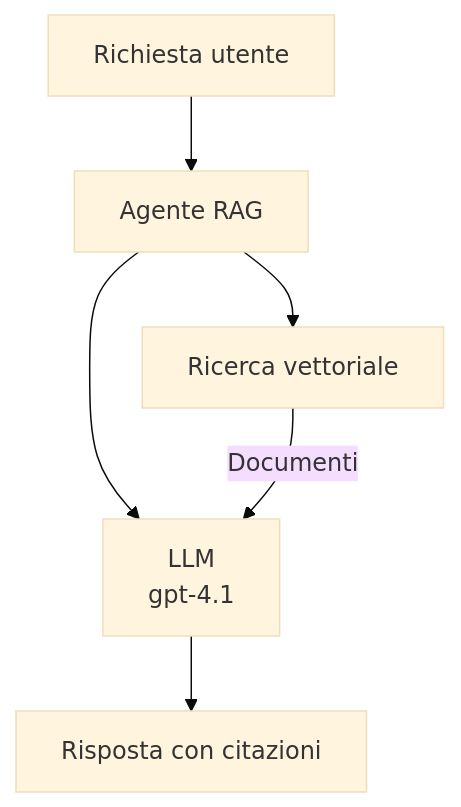
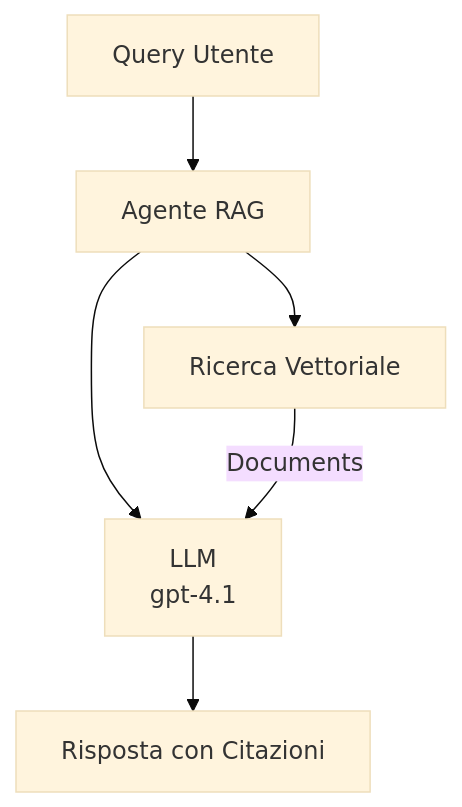
Before and after one commit to microsoft/AZD-for-beginners: the second of 3 diagrams in translations/it/docs/chapter-02-ai-development/agents.md, drawn with Mermaid (base theme). The commit also changed other lines of this file and 61 other files, not shown here.

````diff
--- a/translations/it/docs/chapter-02-ai-development/agents.md
+++ b/translations/it/docs/chapter-02-ai-development/agents.md
@@ -181,8 +181,8 @@
 ```mermaid
 graph TD
-    Query[Richiesta utente] --> RAG[Agente RAG]
-    RAG --> Vector[Ricerca vettoriale]
+    Query[Query Utente] --> RAG[Agente RAG]
+    RAG --> Vector[Ricerca Vettoriale]
     RAG --> LLM[LLM<br/>gpt-4.1]
-    Vector -- Documenti --> LLM
-    LLM --> Response[Risposta con citazioni]
+    Vector -- Documents --> LLM
+    LLM --> Response[Risposta con Citazioni]
 ```
````
